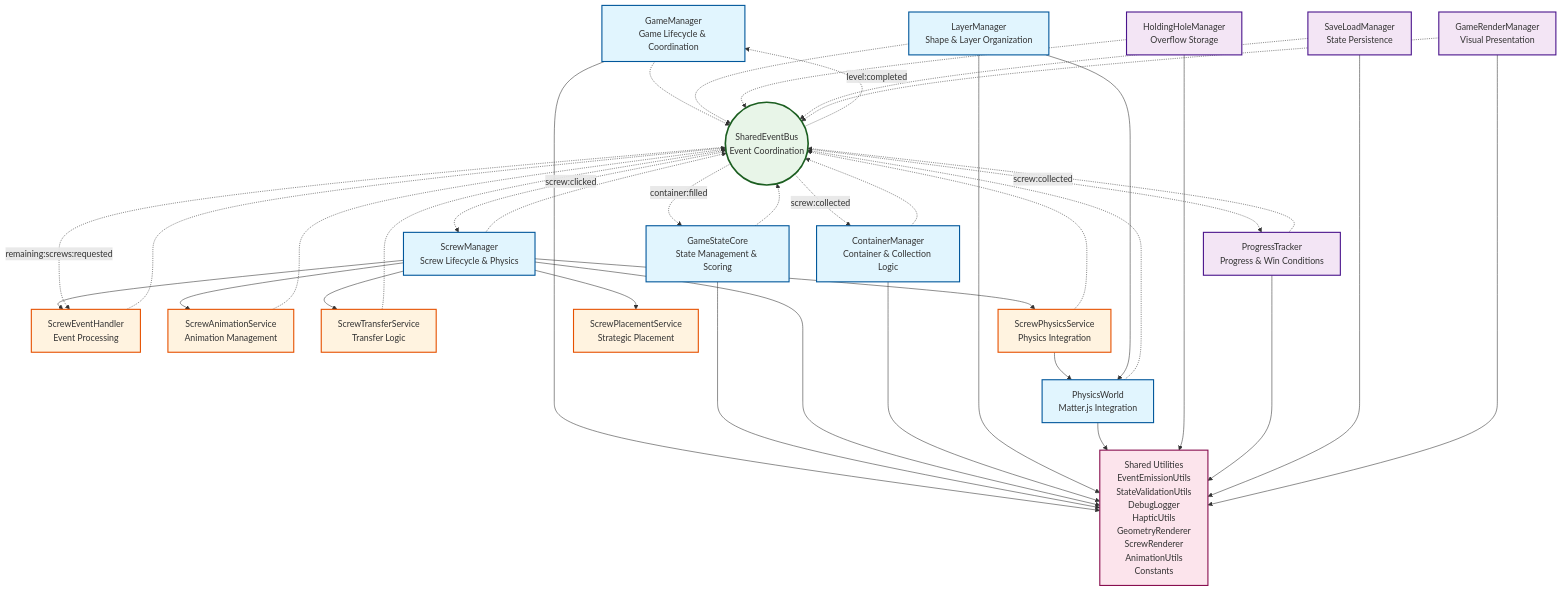
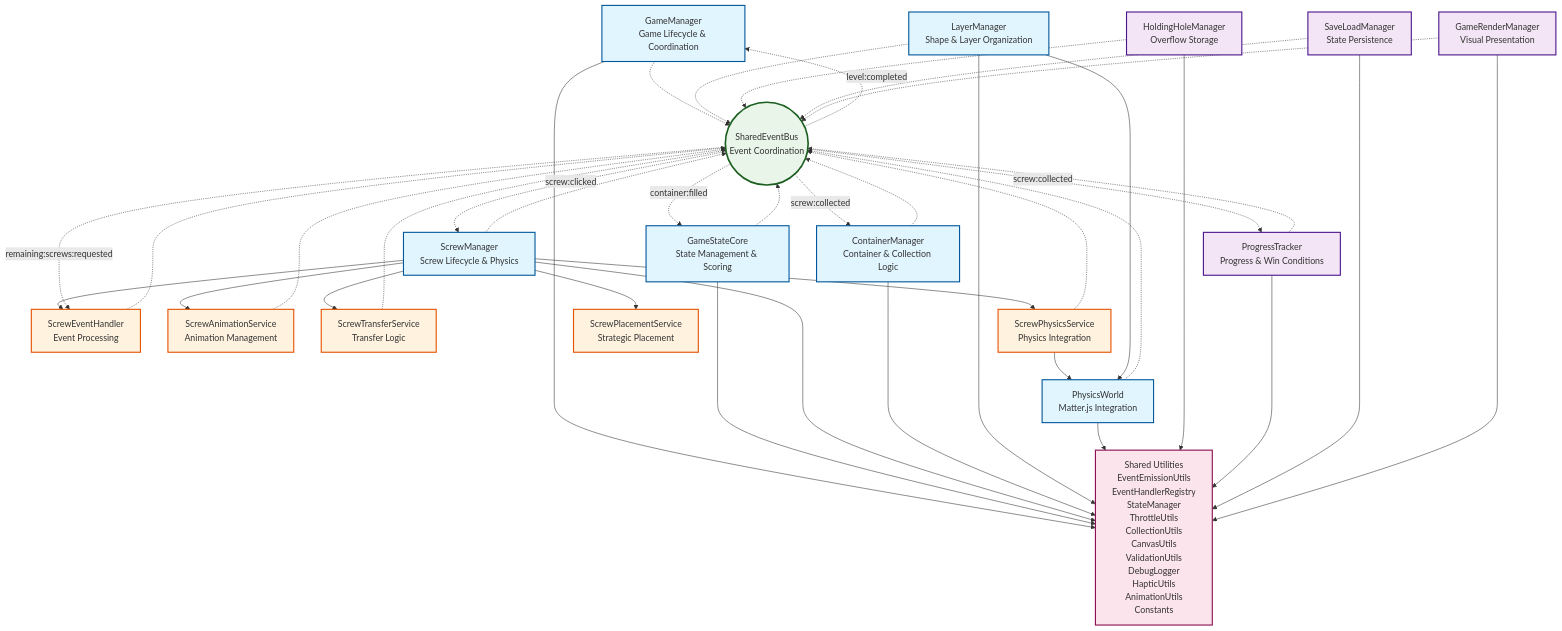
The first of 4 diagrams in docs/game_architecture.md (paulrobello/par-shape-2d), drawn with Mermaid before and after one commit. The commit also changed other lines of this file and 25 other files, not shown here.

```diff
--- a/docs/game_architecture.md
+++ b/docs/game_architecture.md
@@ -164,7 +228,7 @@
     ScrewPlacementService[ScrewPlacementService<br/>Strategic Placement]
     
     %% Shared Utilities
-    SharedUtils[Shared Utilities<br/>EventEmissionUtils<br/>StateValidationUtils<br/>DebugLogger<br/>HapticUtils<br/>GeometryRenderer<br/>ScrewRenderer<br/>AnimationUtils<br/>Constants]
+    SharedUtils[Shared Utilities<br/>EventEmissionUtils<br/>EventHandlerRegistry<br/>StateManager<br/>ThrottleUtils<br/>CollectionUtils<br/>CanvasUtils<br/>ValidationUtils<br/>DebugLogger<br/>HapticUtils<br/>AnimationUtils<br/>Constants]
     
     %% Relationships - Core Management
     GameManager -.-> EventBus
```
